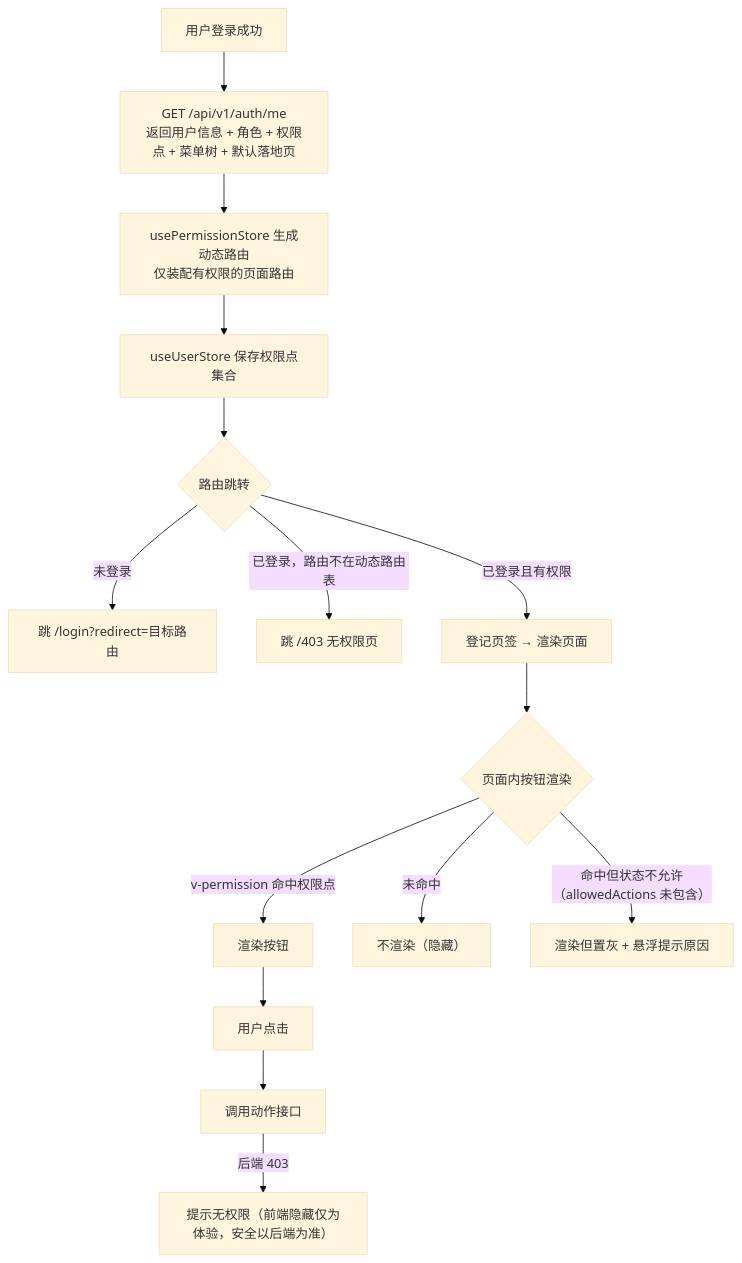
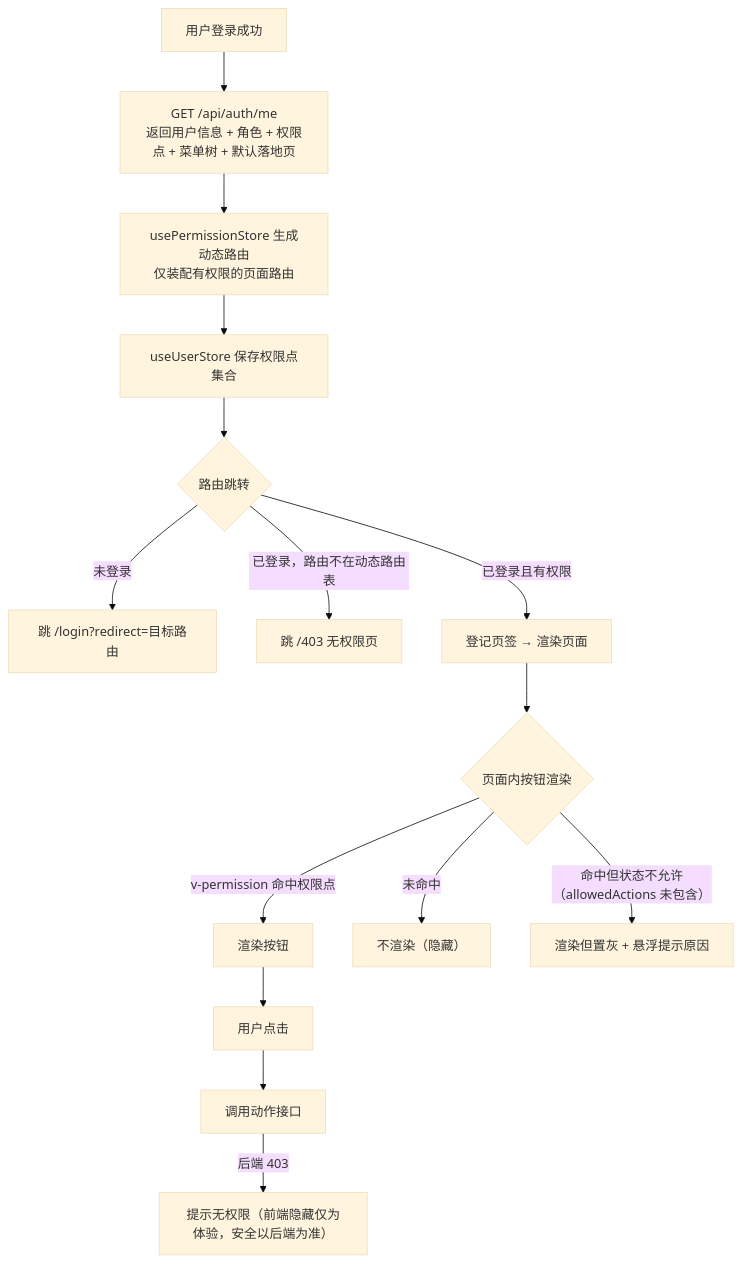
One commit to north30-dev/north30-erp-project changed the sixth of 6 diagrams in docs/phase2-system-design/05-UI-UX设计说明.md. Above: the diagram before and after it, drawn with Mermaid (base theme). The commit also changed other lines of this file and 10 other files, not shown here.

````diff
--- a/docs/phase2-system-design/05-UI-UX设计说明.md
+++ b/docs/phase2-system-design/05-UI-UX设计说明.md
@@ -1445,16 +1445,16 @@
 ```mermaid
 flowchart TD
-    A["用户登录成功"] --> B["GET /api/v1/auth/me<br/>返回用户信息 + 角色 + 权限点 + 菜单树 + 默认落地页"]
+    A["用户登录成功"] --> B["GET /api/auth/me<br/>返回用户信息 + 角色 + 权限点 + 菜单树 + 默认落地页"]
     B --> C["usePermissionStore 生成动态路由<br/>仅装配有权限的页面路由"]
     C --> D["useUserStore 保存权限点集合"]
     D --> E{"路由跳转"}
     E -->|"未登录"| F["跳 /login?redirect=目标路由"]
     E -->|"已登录，路由不在动态路由表"| G["跳 /403 无权限页"]
     E -->|"已登录且有权限"| H["登记页签 → 渲染页面"]
     H --> I{"页面内按钮渲染"}
     I -->|"v-permission 命中权限点"| J["渲染按钮"]
     I -->|"未命中"| K["不渲染（隐藏）"]
     I -->|"命中但状态不允许（allowedActions 未包含）"| L["渲染但置灰 + 悬浮提示原因"]
     J --> M["用户点击"] --> N["调用动作接口"]
     N -->|"后端 403"| O["提示无权限（前端隐藏仅为体验，安全以后端为准）"]
 ```
````
